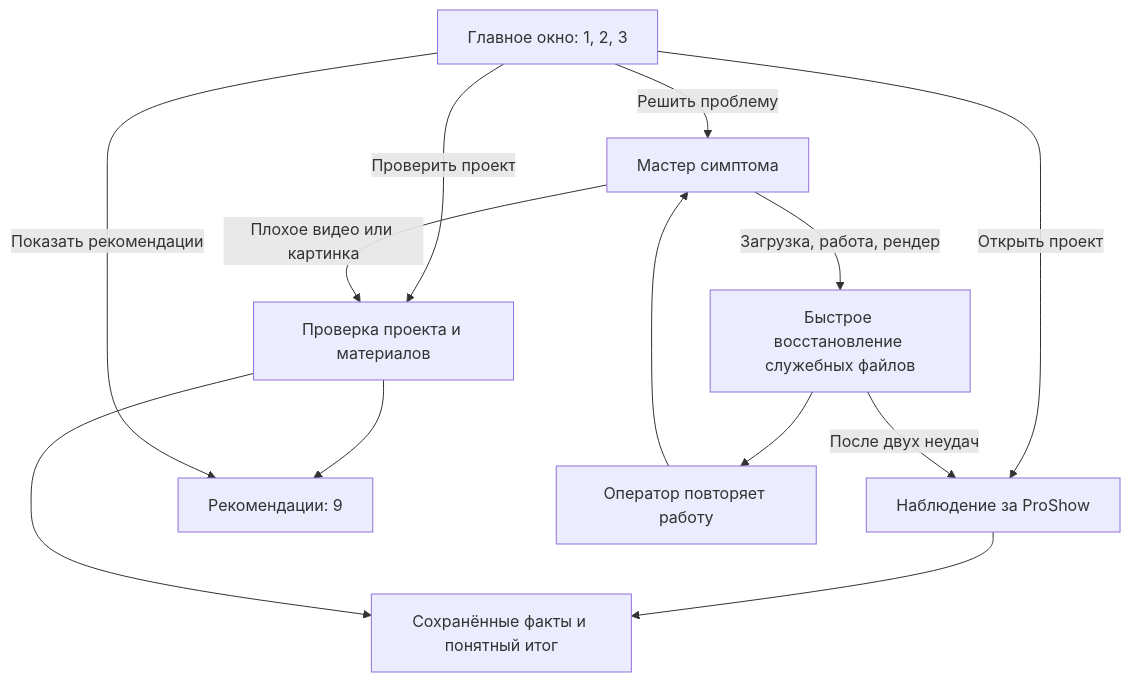
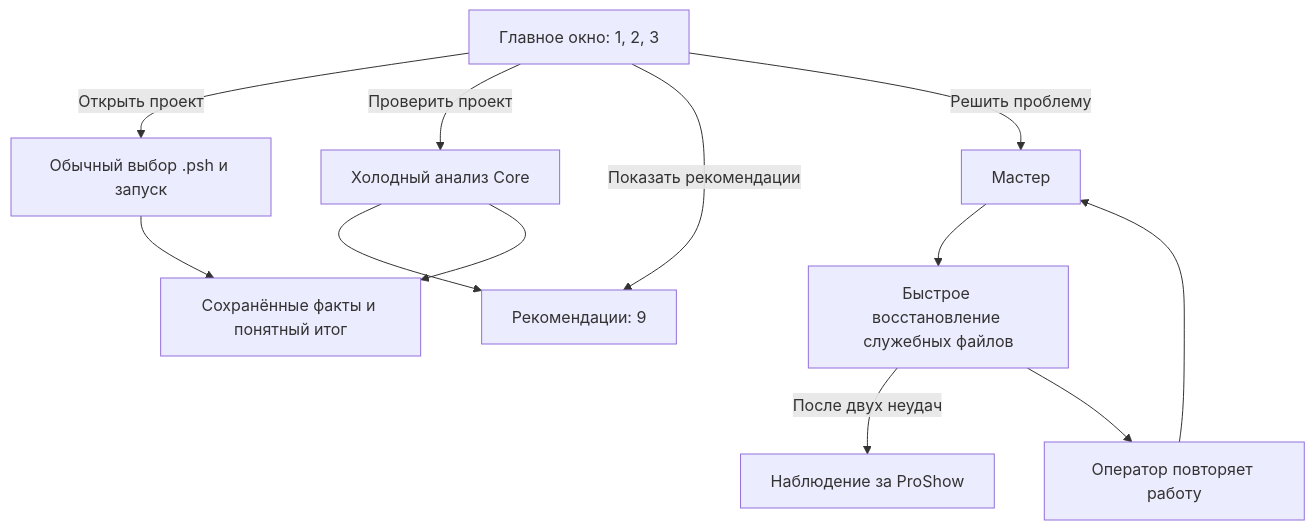
One commit to qSerj/Doctor changed the diagram in design/field-ui/README.md. Above: the diagram before and after it, drawn with Mermaid. The commit also changed other lines of this file and 19 other files, not shown here.

First line of the commit message:
App: мастер без выбора симптома и проекта, один Doctor, запуск без проекта

````diff
--- a/design/field-ui/README.md
+++ b/design/field-ui/README.md
@@ -29,15 +29,14 @@
 ```mermaid
 flowchart TD
     M[Главное окно: 1, 2, 3] -->|Открыть проект| O[Обычный выбор .psh и запуск]
     M -->|Проверить проект| C[Холодный анализ Core]
     C --> R[Рекомендации: 9]
     M -->|Показать рекомендации| R
-    M -->|Решить проблему| S[Мастер симптома]
-    S -->|Загрузка, работа, рендер| H[Быстрое восстановление служебных файлов]
-    S -->|Плохое видео или картинка| C[Проверка проекта и материалов]
-    H -->|После двух неудач| O[Наблюдение за ProShow]
+    M -->|Решить проблему| S[Мастер]
+    S --> H[Быстрое восстановление служебных файлов]
+    H -->|После двух неудач| W[Наблюдение за ProShow]
     H --> N[Оператор повторяет работу]
     N --> S
     O --> F[Сохранённые факты и понятный итог]
     C --> F
 ```
````
